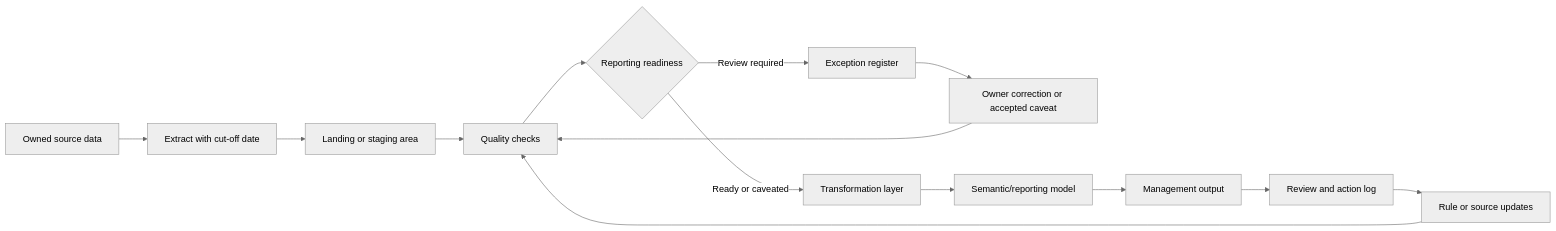
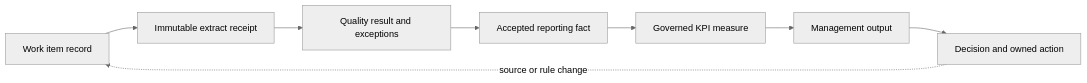
Before and after one commit to quantameridian/decision-support-architecture-playbook: the diagram in docs/04-source-to-output-map.md, drawn with Mermaid (neutral theme). The commit also changed other lines of this file and 58 other files, not shown here.

Commit message:
Build traceable decision support architecture

````diff
--- a/docs/04-source-to-output-map.md
+++ b/docs/04-source-to-output-map.md
@@ -11,16 +7,10 @@
 ```mermaid
 flowchart LR
-    A["Owned source data"] --> B["Extract with cut-off date"]
-    B --> C["Landing or staging area"]
-    C --> D["Quality checks"]
-    D --> E{"Reporting readiness"}
-    E -- "Ready or caveated" --> F["Transformation layer"]
-    E -- "Review required" --> G["Exception register"]
-    G --> H["Owner correction or accepted caveat"]
-    H --> D
-    F --> I["Semantic/reporting model"]
-    I --> J["Management output"]
-    J --> K["Review and action log"]
-    K --> L["Rule or source updates"]
-    L --> D
+    Source["Work item record"] --> Receipt["Immutable extract receipt"]
+    Receipt --> Result["Quality result and exceptions"]
+    Result --> Fact["Accepted reporting fact"]
+    Fact --> Measure["Governed KPI measure"]
+    Measure --> Output["Management output"]
+    Output --> Decision["Decision and owned action"]
+    Decision -. "source or rule change" .-> Source
 ```
````
